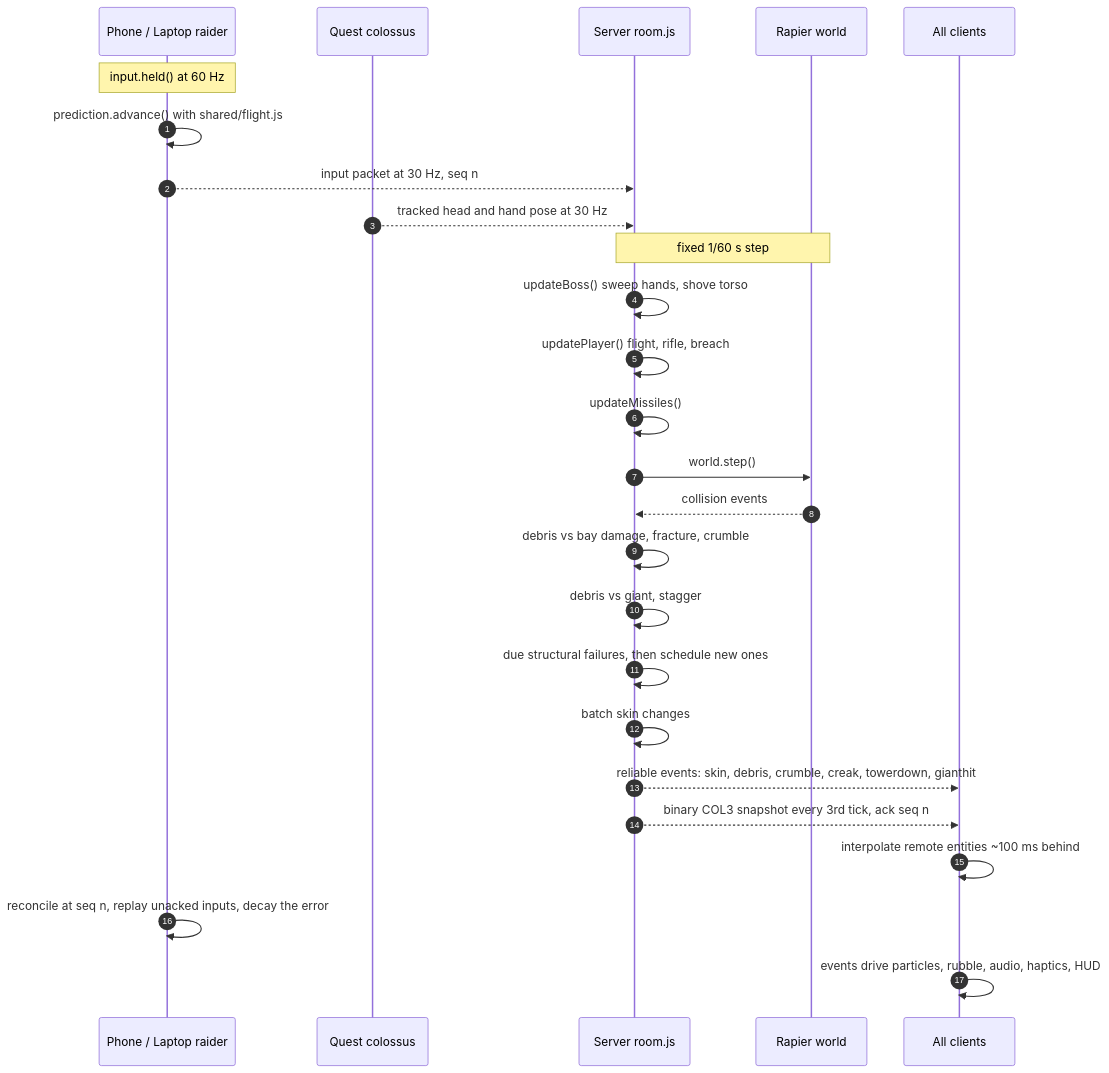
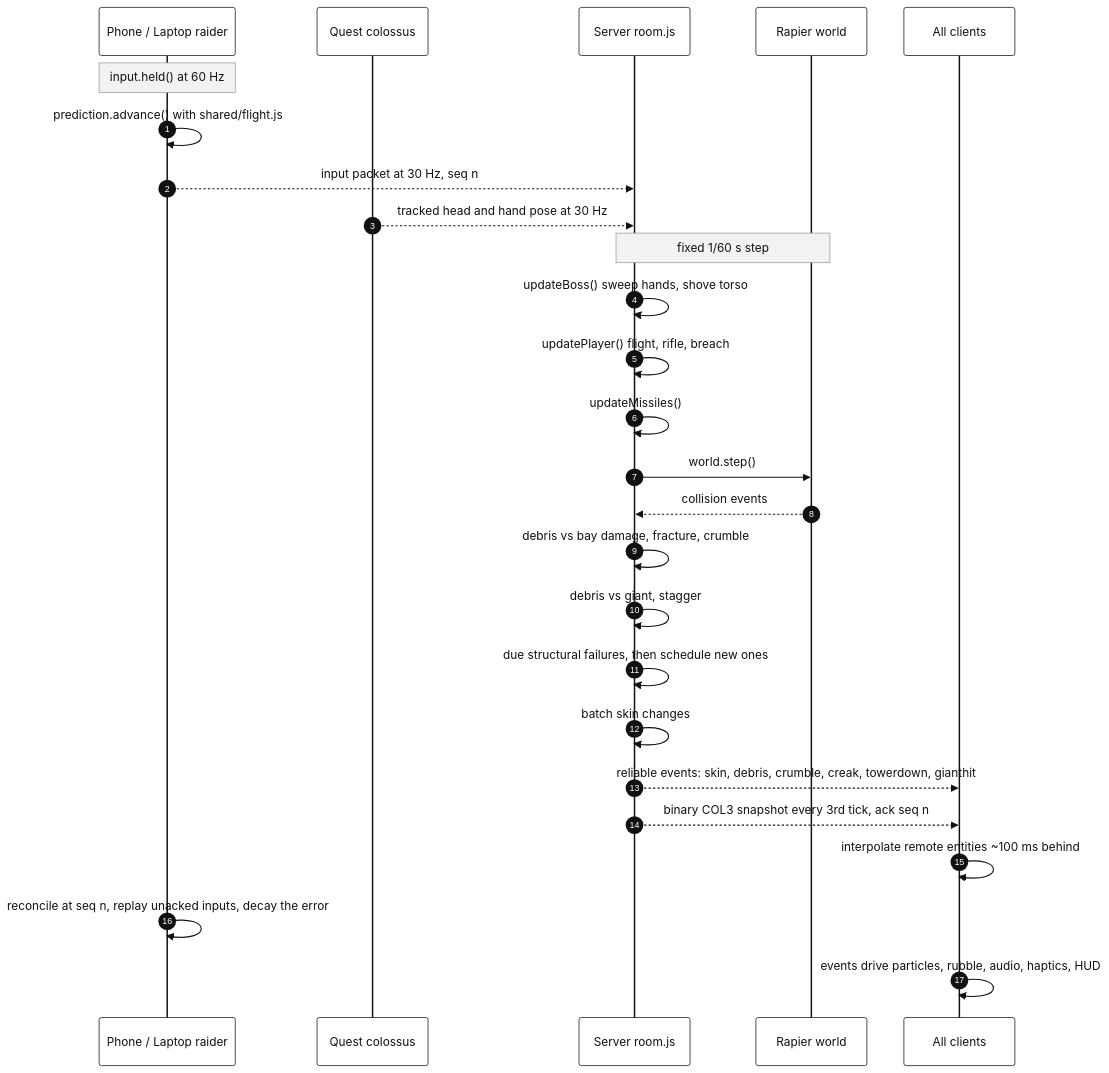
Before and after one commit to Maoric2018/colossus-city: the third of 3 diagrams in docs/ARCHITECTURE_DIAGRAM.md, drawn with Mermaid. The commit also changed other lines of this file, not shown here.

First line of the commit message:
Render the architecture diagrams in black and white

````diff
--- a/docs/ARCHITECTURE_DIAGRAM.md
+++ b/docs/ARCHITECTURE_DIAGRAM.md
@@ -159,31 +139,32 @@
 ```mermaid
+%%{init: {"theme":"base","themeVariables":{"primaryColor":"#ffffff","primaryTextColor":"#111111","primaryBorderColor":"#111111","secondaryColor":"#ffffff","tertiaryColor":"#ffffff","background":"#ffffff","lineColor":"#111111","textColor":"#111111","clusterBkg":"#ffffff","clusterBorder":"#b8b8b8","edgeLabelBackground":"#ffffff","actorBkg":"#ffffff","actorBorder":"#111111","actorTextColor":"#111111","signalColor":"#111111","signalTextColor":"#111111","labelBoxBkgColor":"#ffffff","labelBoxBorderColor":"#111111","labelTextColor":"#111111","noteBkgColor":"#f2f2f2","noteBorderColor":"#999999","noteTextColor":"#111111","sequenceNumberColor":"#ffffff","activationBkgColor":"#ffffff","activationBorderColor":"#111111"}} }%%
 sequenceDiagram
   autonumber
   participant P as Phone / Laptop raider
   participant Q as Quest colossus
   participant S as Server room.js
   participant R as Rapier world
   participant A as All clients
 
   Note over P: input.held() at 60 Hz
   P->>P: prediction.advance() with shared/flight.js
   P-->>S: input packet at 30 Hz, seq n
   Q-->>S: tracked head and hand pose at 30 Hz
 
   Note over S,R: fixed 1/60 s step
   S->>S: updateBoss() sweep hands, shove torso
   S->>S: updatePlayer() flight, rifle, breach
   S->>S: updateMissiles()
   S->>R: world.step()
   R-->>S: collision events
   S->>S: debris vs bay damage, fracture, crumble
   S->>S: debris vs giant, stagger
   S->>S: due structural failures, then schedule new ones
   S->>S: batch skin changes
 
   S-->>A: reliable events: skin, debris, crumble, creak, towerdown, gianthit
   S-->>A: binary COL3 snapshot every 3rd tick, ack seq n
   A->>A: interpolate remote entities ~100 ms behind
   P->>P: reconcile at seq n, replay unacked inputs, decay the error
   A->>A: events drive particles, rubble, audio, haptics, HUD
 ```
````
